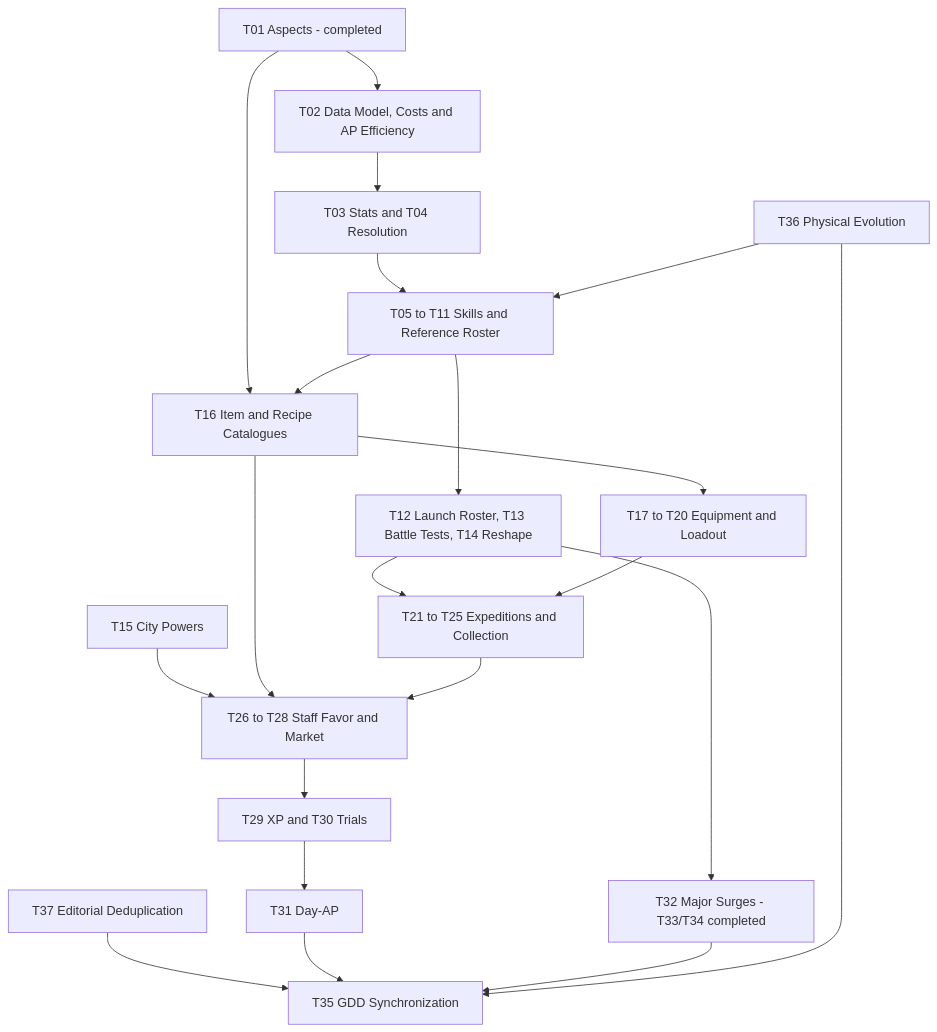
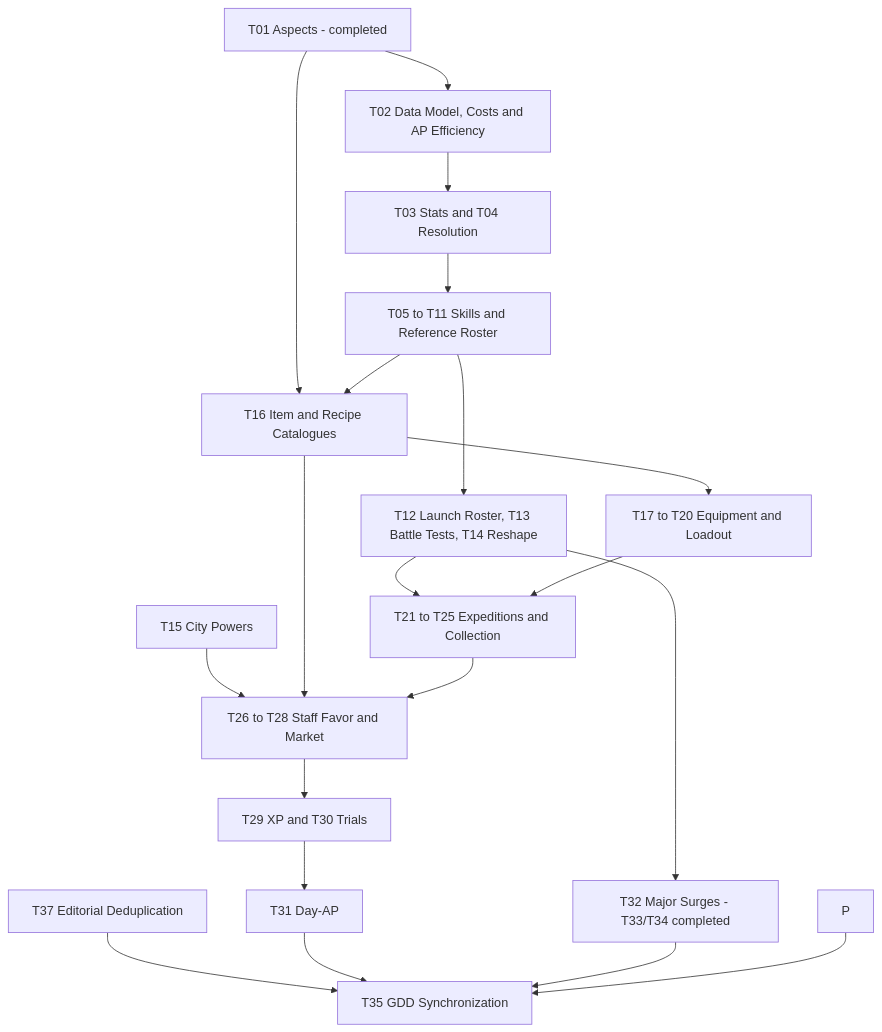
The diagram in docs/temp_todo.md (papierkorp/road_of_the_beasts), drawn with Mermaid before and after one commit. The commit also changed other lines of this file and 3 other files, not shown here.

Commit message:
docs: remove physical evolution and EP currency, grant slot development at advancements

````diff
--- a/docs/temp_todo.md
+++ b/docs/temp_todo.md
@@ -475,23 +473,22 @@
 ```mermaid
 flowchart TD
     A[T01 Aspects - completed] --> B[T02 Data Model, Costs and AP Efficiency]
     B --> C[T03 Stats and T04 Resolution]
     C --> D[T05 to T11 Skills and Reference Roster]
-    P[T36 Physical Evolution] --> D
     Q[T37 Editorial Deduplication] --> N
     D --> E[T12 Launch Roster, T13 Battle Tests, T14 Reshape]
     A --> F[T16 Item and Recipe Catalogues]
     D --> F
     F --> G[T17 to T20 Equipment and Loadout]
     E --> H[T21 to T25 Expeditions and Collection]
     G --> H
     I[T15 City Powers] --> J[T26 to T28 Staff Favor and Market]
     F --> J
     H --> J
     J --> K[T29 XP and T30 Trials]
     K --> L[T31 Day-AP]
     E --> M[T32 Major Surges - T33/T34 completed]
     L --> N[T35 GDD Synchronization]
     M --> N
     P --> N
 ```
````
